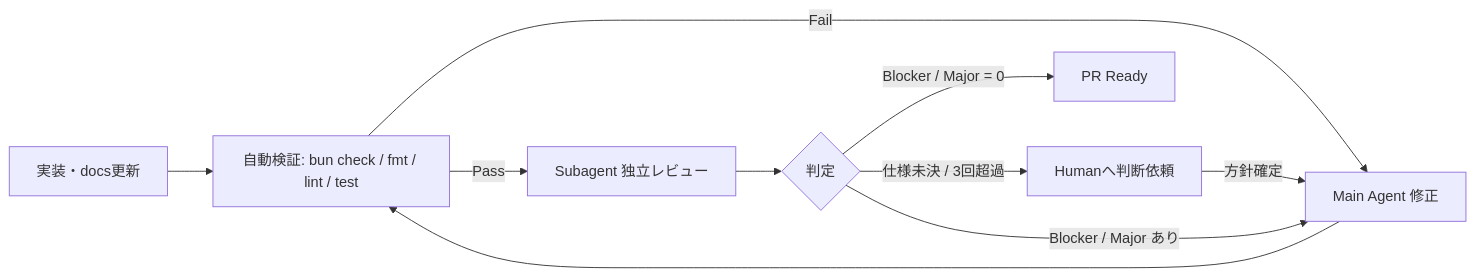
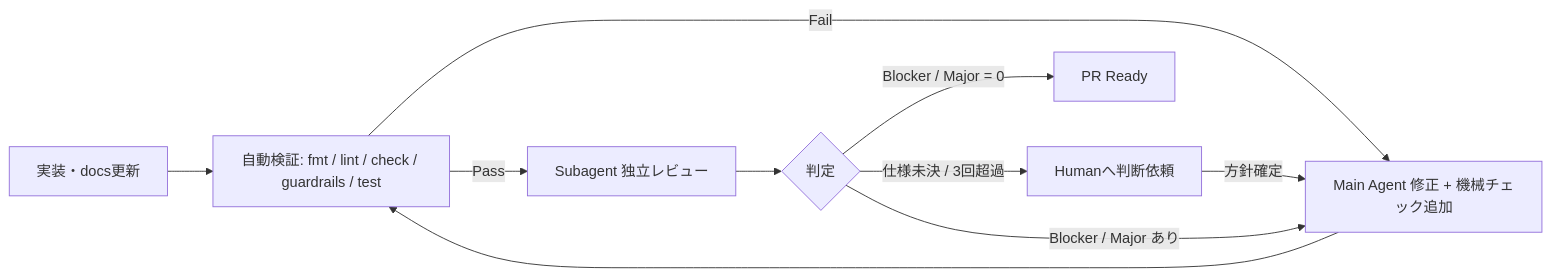
Before and after one commit to kkyosuke/bot-board: the third of 6 diagrams in docs/development-workflow.md, drawn with Mermaid. The commit also changed other lines of this file and 14 other files, not shown here.

````diff
--- a/docs/development-workflow.md
+++ b/docs/development-workflow.md
@@ -71,12 +71,12 @@
 ```mermaid
 flowchart LR
-  I["実装・docs更新"] --> C["自動検証: bun check / fmt / lint / test"]
-  C -- "Fail" --> F["Main Agent 修正"]
+  I["実装・docs更新"] --> C["自動検証: fmt / lint / check / guardrails / test"]
+  C -- "Fail" --> F["Main Agent 修正 + 機械チェック追加"]
   C -- "Pass" --> R["Subagent 独立レビュー"]
   R --> J{"判定"}
   J -- "仕様未決 / 3回超過" --> H["Humanへ判断依頼"]
   H -- "方針確定" --> F
   J -- "Blocker / Major あり" --> F
   F --> C
   J -- "Blocker / Major = 0" --> P["PR Ready"]
 ```
````
